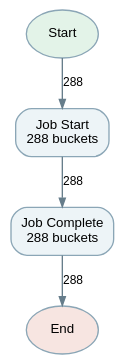
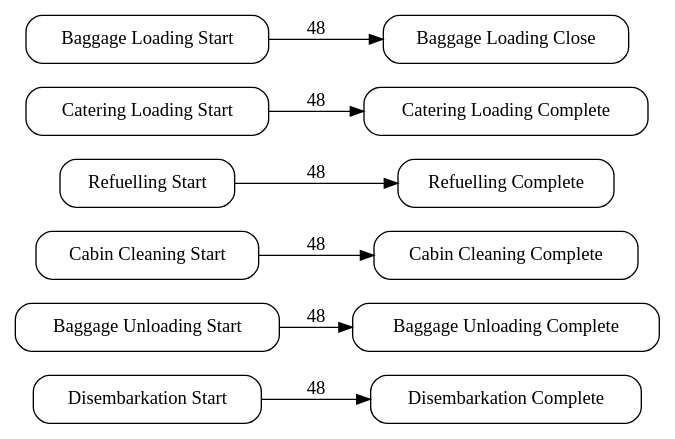
Before and after one commit to jiwonpark7913/NL2EVENTLOG: the diagram in datasets/synthetic/airlineflow/gold/Q02/dfg.dot, drawn with Graphviz. The commit also changed 17 other files, not shown here.

```diff
--- a/datasets/synthetic/airlineflow/gold/Q02/dfg.dot
+++ b/datasets/synthetic/airlineflow/gold/Q02/dfg.dot
@@ -1,12 +1,10 @@
-digraph D {
-graph [rankdir=TB, bgcolor="transparent", pad=0.25, nodesep=0.35, ranksep=0.38];
-node [shape=box,style="rounded,filled",color="#8ba6b6",fillcolor="#edf4f7",fontname="Arial",fontsize=10];
-edge [color="#667d8b",fontname="Arial",fontsize=9,arrowsize=.65];
-start [shape=ellipse,label="Start",fillcolor="#e3f3e8"];
-end [shape=ellipse,label="End",fillcolor="#f7e5e1"];
-n0 [label="Job Start\n288 buckets"];
-n1 [label="Job Complete\n288 buckets"];
-start -> n0 [label="288"];
-n0 -> n1 [label="288"];
-n1 -> end [label="288"];
+digraph Q02 {
+  rankdir=LR;
+  node [shape=box, style=rounded];
+  "Disembarkation Start" -> "Disembarkation Complete" [label="48"];
+  "Baggage Unloading Start" -> "Baggage Unloading Complete" [label="48"];
+  "Cabin Cleaning Start" -> "Cabin Cleaning Complete" [label="48"];
+  "Refuelling Start" -> "Refuelling Complete" [label="48"];
+  "Catering Loading Start" -> "Catering Loading Complete" [label="48"];
+  "Baggage Loading Start" -> "Baggage Loading Close" [label="48"];
 }
```
